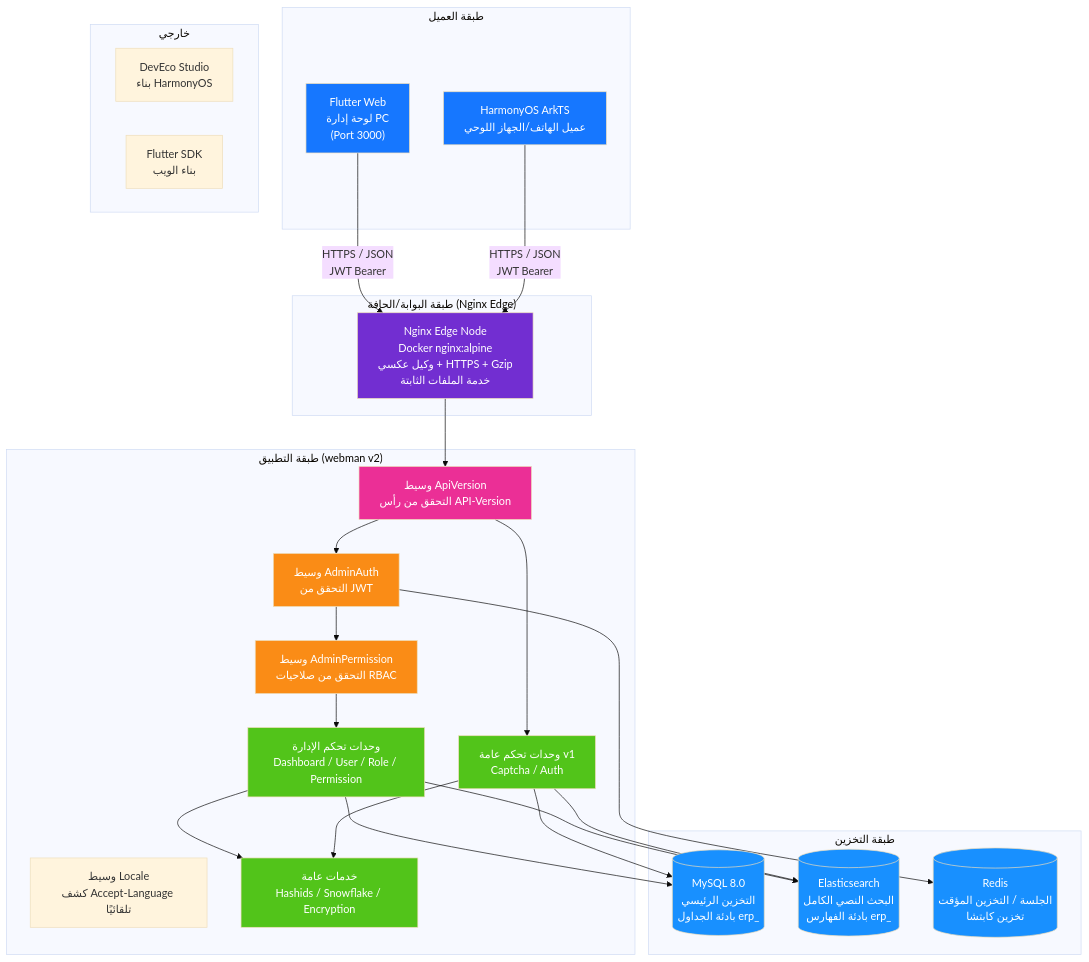
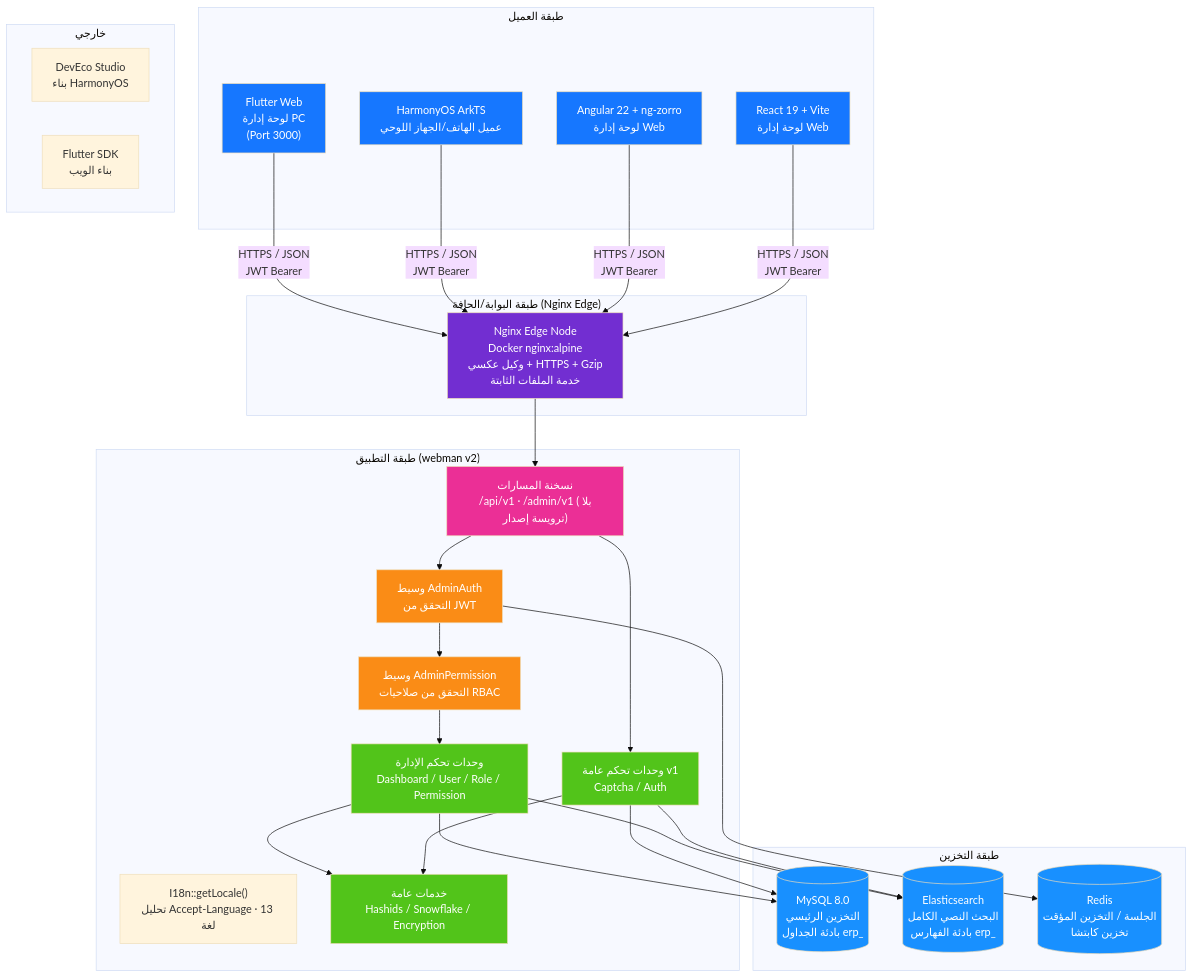
The first of 20 diagrams in docs/i18n/ar/ARCHITECTURE.md (erikwang2013/erp-php), drawn with Mermaid (base theme) before and after one commit. The commit also changed other lines of this file and 325 other files, not shown here.

````diff
--- a/docs/i18n/ar/ARCHITECTURE.md
+++ b/docs/i18n/ar/ARCHITECTURE.md
@@ -11,60 +11,66 @@
 ```mermaid
 flowchart TB
     subgraph "طبقة العميل"
         A1["Flutter Web<br/>لوحة إدارة PC<br/>(Port 3000)"]
         A2["HarmonyOS ArkTS<br/>عميل الهاتف/الجهاز اللوحي"]
+        A3["Angular 22 + ng-zorro<br/>لوحة إدارة Web"]
+        A4["React 19 + Vite<br/>لوحة إدارة Web"]
     end
 
     subgraph "طبقة البوابة/الحافة (Nginx Edge)"
         B1["Nginx Edge Node<br/>Docker nginx:alpine<br/>وكيل عكسي + HTTPS + Gzip<br/>خدمة الملفات الثابتة"]
     end
 
     subgraph "طبقة التطبيق (webman v2)"
-        C_LOC["وسيط Locale<br/>كشف Accept-Language تلقائيًا"]
-        C0["وسيط ApiVersion<br/>التحقق من رأس API-Version"]
+        C_LOC["I18n::getLocale()<br/>تحليل Accept-Language · 13 لغة"]
+        C0["نسخنة المسارات<br/>/api/v1 · /admin/v1 (بلا ترويسة إصدار)"]
         C1["وسيط AdminAuth<br/>التحقق من JWT"]
         C2["وسيط AdminPermission<br/>التحقق من صلاحيات RBAC"]
         C3["وحدات تحكم الإدارة<br/>Dashboard / User / Role / Permission"]
         C4["وحدات تحكم عامة v1<br/>Captcha / Auth"]
         C5["خدمات عامة<br/>Hashids / Snowflake / Encryption"]
     end
 
     subgraph "طبقة التخزين"
         D1[("MySQL 8.0<br/>التخزين الرئيسي<br/>بادئة الجداول erp_")]
         D2[("Elasticsearch<br/>البحث النصي الكامل<br/>بادئة الفهارس erp_")]
         D3[("Redis<br/>الجلسة / التخزين المؤقت<br/>تخزين كابتشا")]
     end
 
     subgraph "خارجي"
         E1["DevEco Studio<br/>بناء HarmonyOS"]
         E2["Flutter SDK<br/>بناء الويب"]
     end
 
     A1 -->|"HTTPS / JSON<br/>JWT Bearer"| B1
     A2 -->|"HTTPS / JSON<br/>JWT Bearer"| B1
+    A3 -->|"HTTPS / JSON<br/>JWT Bearer"| B1
+    A4 -->|"HTTPS / JSON<br/>JWT Bearer"| B1
     B1 --> C0
     C0 --> C1
     C1 --> C2
     C2 --> C3
     C0 --> C4
     C3 --> C5
     C4 --> C5
     C3 --> D1
     C4 --> D1
     C3 --> D2
     C4 --> D2
     C1 --> D3
 
     style A1 fill:#1677FF,color:#fff
     style A2 fill:#1677FF,color:#fff
+    style A3 fill:#1677FF,color:#fff
+    style A4 fill:#1677FF,color:#fff
     style B1 fill:#722ED1,color:#fff
     style C0 fill:#EB2F96,color:#fff
     style C1 fill:#FA8C16,color:#fff
     style C2 fill:#FA8C16,color:#fff
     style C3 fill:#52C41A,color:#fff
     style C4 fill:#52C41A,color:#fff
     style C5 fill:#52C41A,color:#fff
     style D1 fill:#1890FF,color:#fff
     style D2 fill:#1890FF,color:#fff
     style D3 fill:#1890FF,color:#fff
 ```
````
